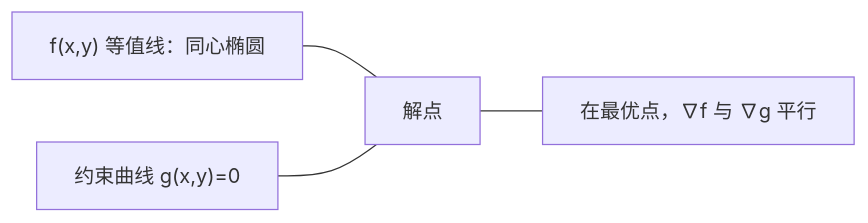
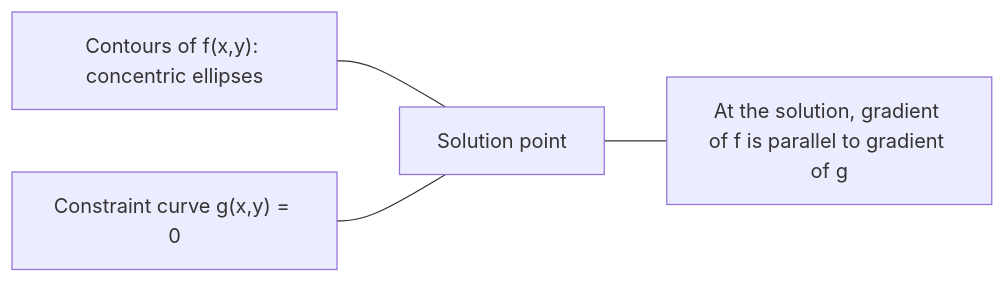
Before and after one commit to omigaZen/ai-engineering-from-scratch: the fourth of 4 diagrams in phases/01-math-foundations/18-convex-optimization/docs/zh.md, drawn with Mermaid. The commit also changed other lines of this file and 32 other files, not shown here.

````diff
--- a/phases/01-math-foundations/18-convex-optimization/docs/zh.md
+++ b/phases/01-math-foundations/18-convex-optimization/docs/zh.md
@@ -241,6 +241,6 @@
 ```mermaid
 graph LR
-    A["f(x,y) 等值线：同心椭圆"] --- S["解点"]
-    B["约束曲线 g(x,y)=0"] --- S
-    S --- C["在最优点，∇f 与 ∇g 平行"]
+    A["Contours of f(x,y): concentric ellipses"] --- S["Solution point"]
+    B["Constraint curve g(x,y) = 0"] --- S
+    S --- C["At the solution, gradient of f is parallel to gradient of g"]
 ```
````
